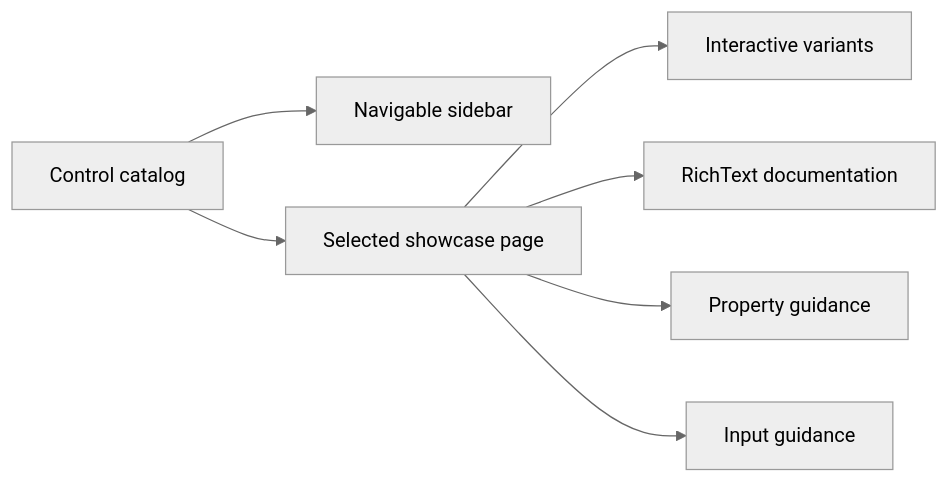
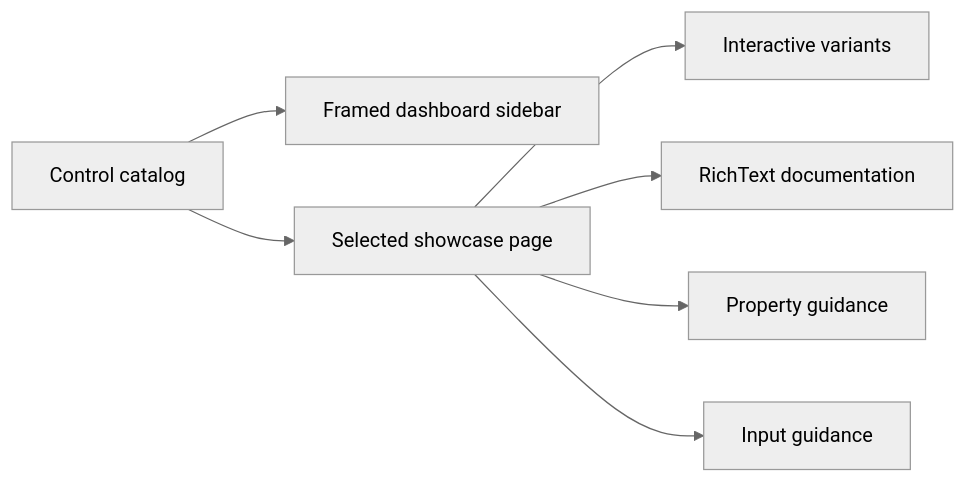
The diagram in docs/architecture/showcase.md (pavkam/sharp-vision), drawn with Mermaid (neutral theme) before and after one commit. The commit also changed other lines of this file and 19 other files, not shown here.

````diff
--- a/docs/architecture/showcase.md
+++ b/docs/architecture/showcase.md
@@ -8,9 +8,9 @@
 ```mermaid
 flowchart LR
-    Catalog["Control catalog"] --> Sidebar["Navigable sidebar"]
+    Catalog["Control catalog"] --> Sidebar["Framed dashboard sidebar"]
     Catalog --> Page["Selected showcase page"]
     Page --> Variants["Interactive variants"]
     Page --> RichText["RichText documentation"]
     Page --> Properties["Property guidance"]
     Page --> Interaction["Input guidance"]
 ```
````
